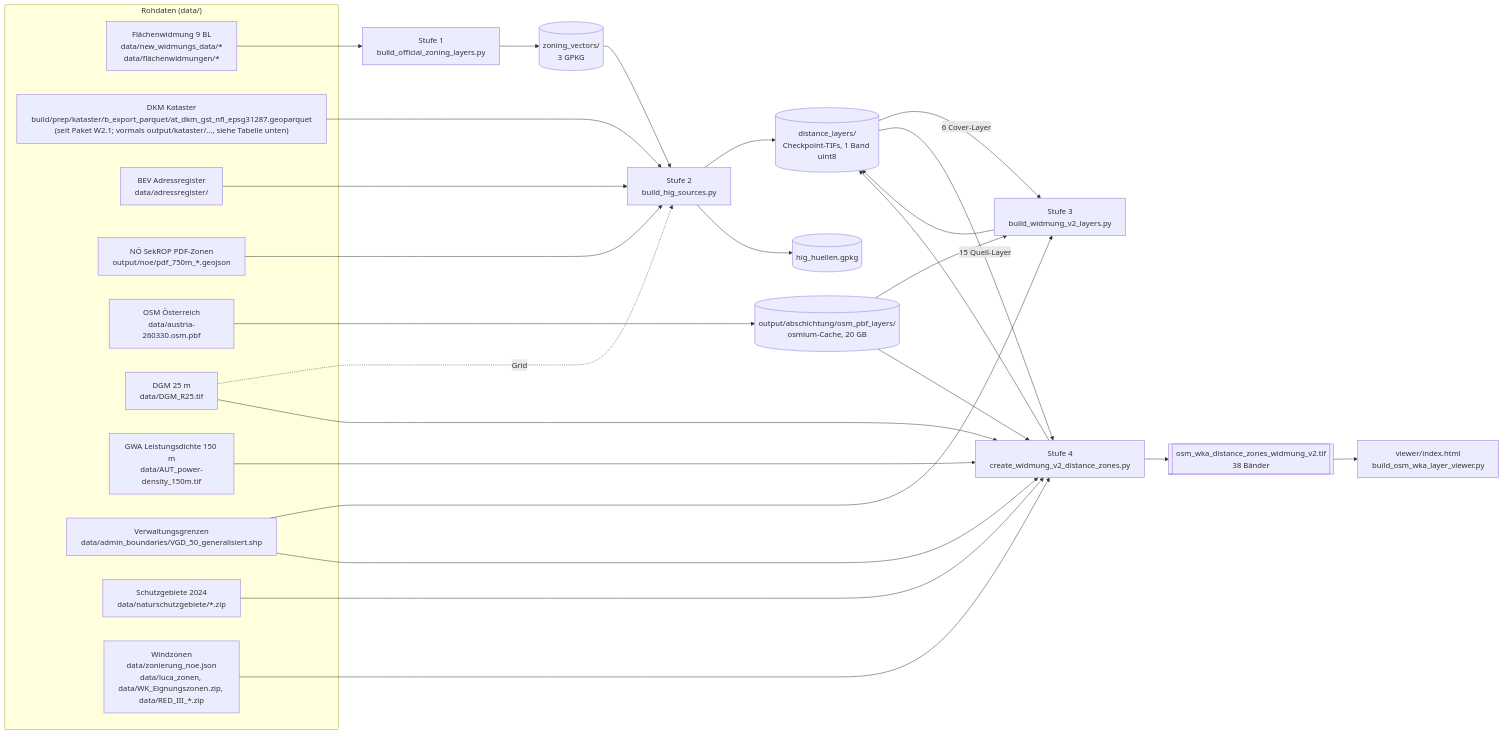
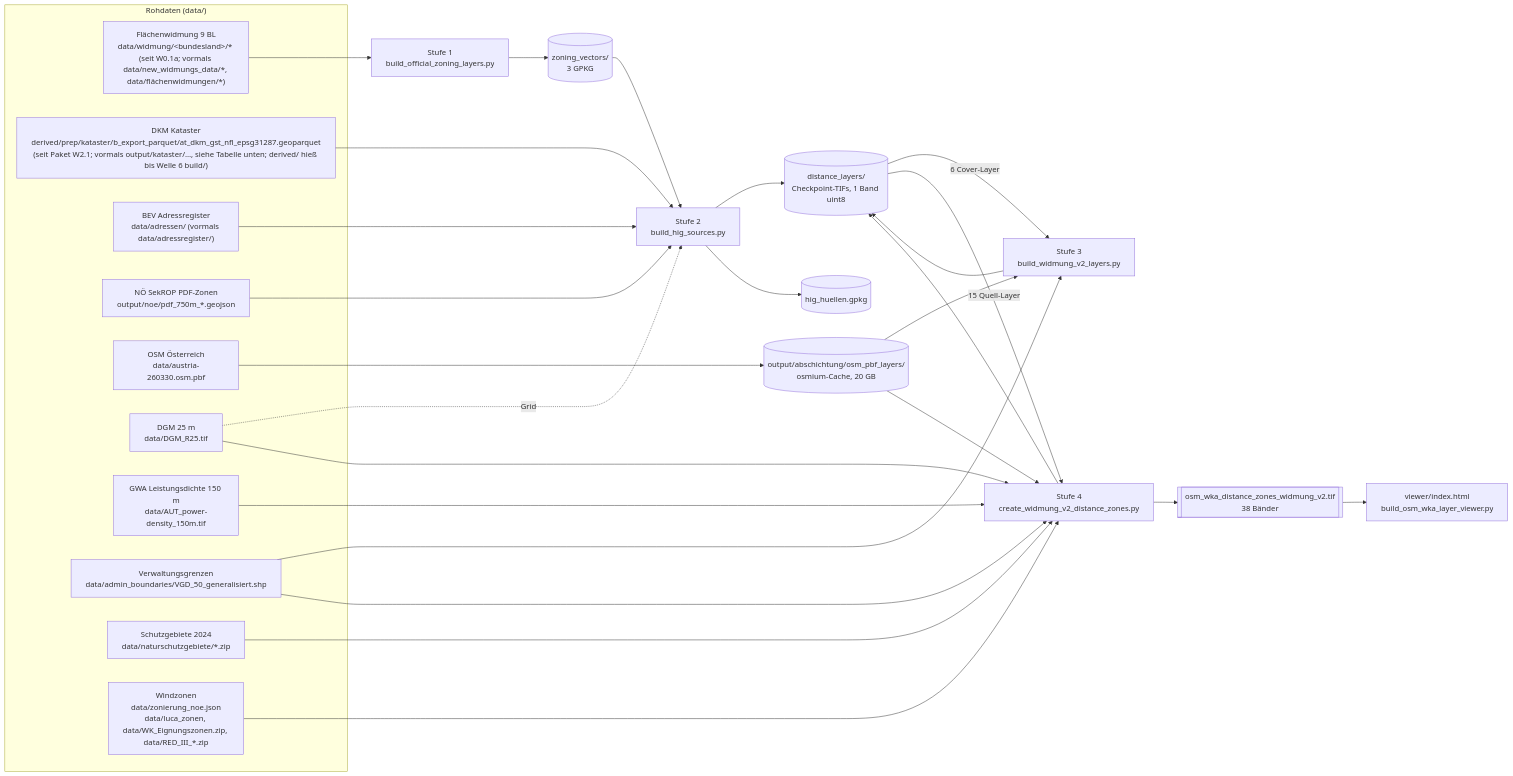
One commit to hurtjan/windkraft-oe-abschichtung changed the diagram in docs/widmung_v2_provenance.md. Above: the diagram before and after it, drawn with Mermaid. The commit also changed other lines of this file and 8 other files, not shown here.

````diff
--- a/docs/widmung_v2_provenance.md
+++ b/docs/widmung_v2_provenance.md
@@ -26,51 +26,51 @@
 ```mermaid
 flowchart LR
   subgraph RAW["Rohdaten (data/)"]
-    FW["Flächenwidmung 9 BL<br/>data/new_widmungs_data/*<br/>data/flächenwidmungen/*"]
-    DKM["DKM Kataster<br/>build/prep/kataster/b_export_parquet/at_dkm_gst_nfl_epsg31287.geoparquet<br/>(seit Paket W2.1; vormals output/kataster/…, siehe Tabelle unten)"]
-    BEV["BEV Adressregister<br/>data/adressregister/"]
+    FW["Flächenwidmung 9 BL<br/>data/widmung/&lt;bundesland&gt;/* (seit W0.1a; vormals data/new_widmungs_data/*, data/flächenwidmungen/*)"]
+    DKM["DKM Kataster<br/>derived/prep/kataster/b_export_parquet/at_dkm_gst_nfl_epsg31287.geoparquet<br/>(seit Paket W2.1; vormals output/kataster/…, siehe Tabelle unten; derived/ hieß bis Welle 6 build/)"]
+    BEV["BEV Adressregister<br/>data/adressen/ (vormals data/adressregister/)"]
     NOEPDF["NÖ SekROP PDF-Zonen<br/>output/noe/pdf_750m_*.geojson"]
     PBF["OSM Österreich<br/>data/austria-260330.osm.pbf"]
     DGM["DGM 25 m<br/>data/DGM_R25.tif"]
     PD["GWA Leistungsdichte 150 m<br/>data/AUT_power-density_150m.tif"]
     VGD["Verwaltungsgrenzen<br/>data/admin_boundaries/VGD_50_generalisiert.shp"]
     NSG["Schutzgebiete 2024<br/>data/naturschutzgebiete/*.zip"]
     ZON["Windzonen<br/>data/zonierung_noe.json<br/>data/luca_zonen, data/WK_Eignungszonen.zip, data/RED_III_*.zip"]
   end
 
   S1["Stufe 1<br/>build_official_zoning_layers.py"]
   S2["Stufe 2<br/>build_hig_sources.py"]
   S3["Stufe 3<br/>build_widmung_v2_layers.py"]
   S4["Stufe 4<br/>create_widmung_v2_distance_zones.py"]
 
   ZV[("zoning_vectors/<br/>3 GPKG")]
   CP[("distance_layers/<br/>Checkpoint-TIFs, 1 Band uint8")]
   OSMC[("output/abschichtung/osm_pbf_layers/<br/>osmium-Cache, 20 GB")]
   TIF[["osm_wka_distance_zones_widmung_v2.tif<br/>38 Bänder"]]
   HH[("hig_huellen.gpkg")]
   VIEW["viewer/index.html<br/>build_osm_wka_layer_viewer.py"]
 
   FW --> S1 --> ZV
   ZV --> S2
   DKM --> S2
   BEV --> S2
   NOEPDF --> S2
   DGM -. Grid .-> S2
   S2 --> CP
   S2 --> HH
   PBF --> OSMC
   OSMC --> S3
   CP -- 6 Cover-Layer --> S3
   VGD --> S3
   S3 --> CP
   CP -- 15 Quell-Layer --> S4
   OSMC --> S4
   DGM --> S4
   PD --> S4
   VGD --> S4
   NSG --> S4
   ZON --> S4
   S4 --> CP
   S4 --> TIF
   TIF --> VIEW
 ```
````
